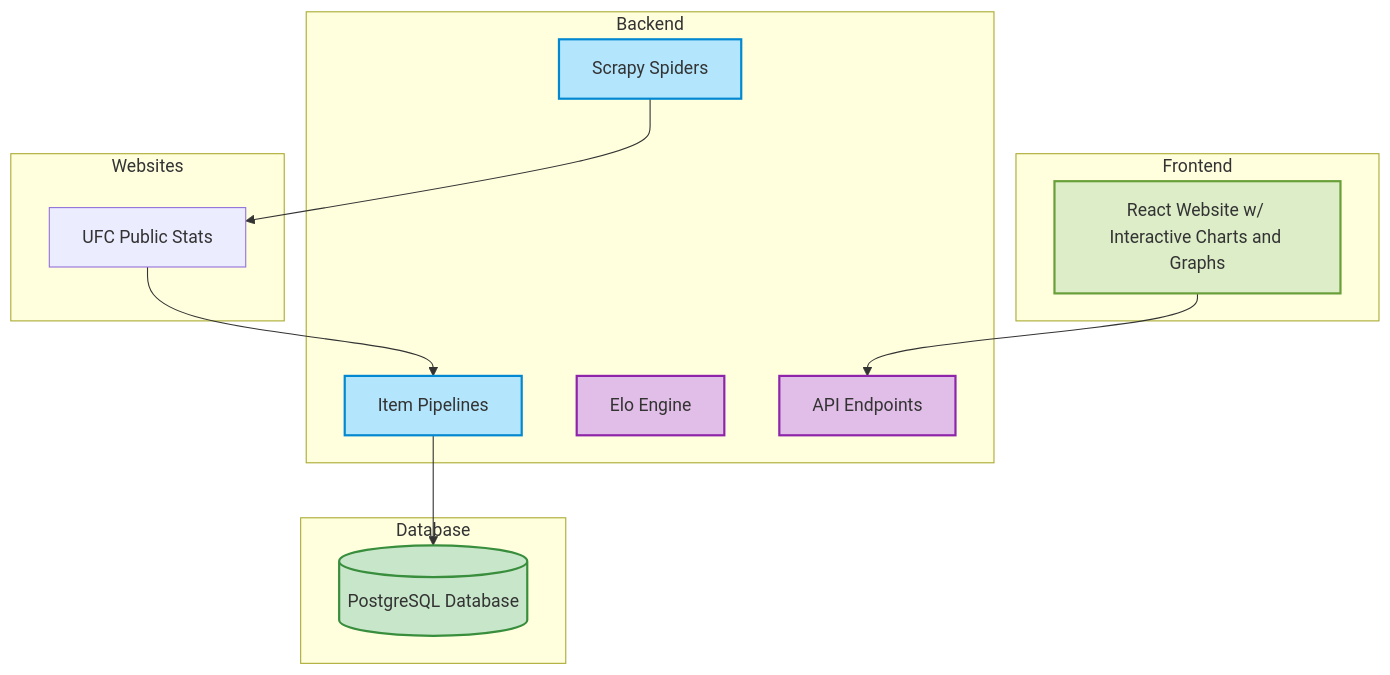
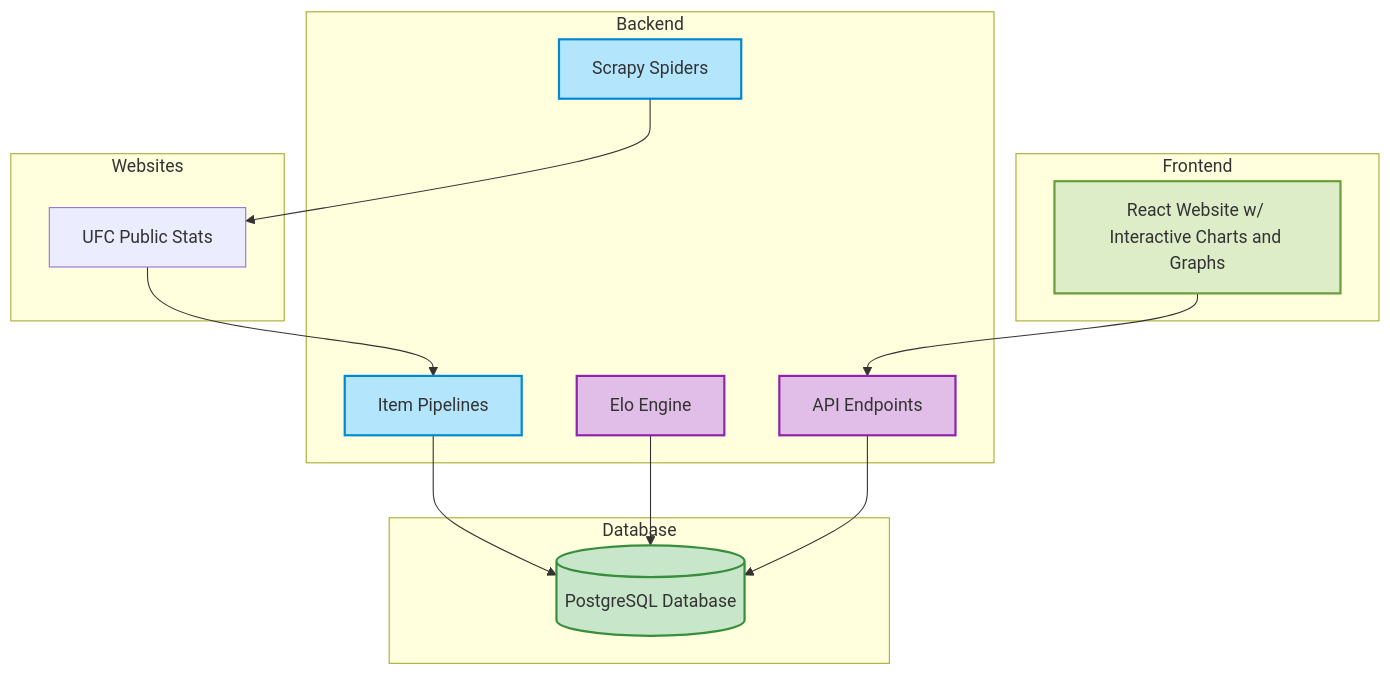
One commit to alpinedev51/mma-elo-engine-py changed the diagram in README.md. Above: the diagram before and after it, drawn with Mermaid.

````diff
--- a/README.md
+++ b/README.md
@@ -52,42 +52,44 @@
 ```mermaid
 flowchart TD
 
     subgraph Websites
         W1[UFC Public Stats]
     end
 
     subgraph Backend
         A1[Scrapy Spiders] --> W1
         W1 --> A2[Item Pipelines]
         A3[Elo Engine]
         A4[API Endpoints]
         click A1 "Scrapy Spiders regularly crawl MMA websites for fighter data."
         click A2 "Pipelines process and store the fighter data into the database."
         click A3 "Elo engine processes data in database and updates Elo scores."
         click A4 "APIs provide access to database via CRUD operations."
     end
 
     subgraph Database
         B1[(PostgreSQL Database)]
         click B1 "PostgreSQL database stores and handles fighter data and Elo scores."
     end
 
     subgraph Frontend
         E1[React Website w/ Interactive Charts and Graphs] --> A4
         click E1 "Provides UI for interacting with Backend API."
         click E1 "Data is displayed in a React-based frontend."
     end
 
     A2 --> B1
+    A3 --> B1
+    A4 --> B1
 
     classDef blue fill:#B3E5FC,stroke:#0288D1,stroke-width:2px;
     classDef green fill:#C8E6C9,stroke:#388E3C,stroke-width:2px;
     classDef orange fill:#FFE0B2,stroke:#F57C00,stroke-width:2px;
     classDef purple fill:#E1BEE7,stroke:#8E24AA,stroke-width:2px;
     classDef lightgreen fill:#DCEDC8,stroke:#689F38,stroke-width:2px;
 
     class A1,A2 blue;
     class B1 green;
     class A3,A4 purple;
     class E1 lightgreen;
 ```
````
